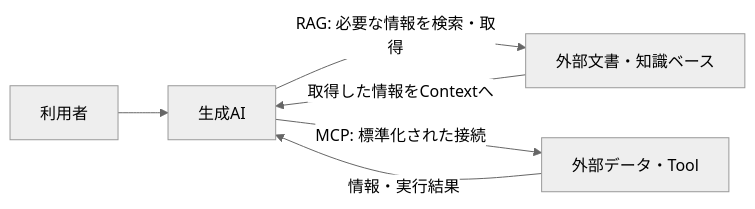
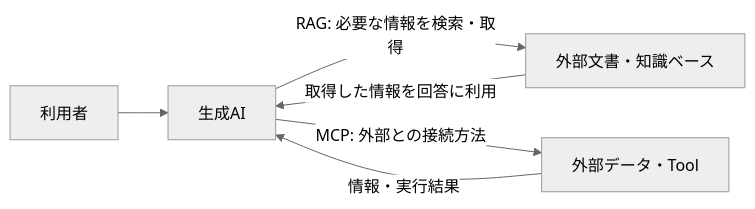
One commit to t-oikawa-sendai/scao-learning-kit changed the diagram in 01_ai_basics/generative_ai_usage_overview.md. Above: the diagram before and after it, drawn with Mermaid (neutral theme). The commit also changed other lines of this file, not shown here.

````diff
--- a/01_ai_basics/generative_ai_usage_overview.md
+++ b/01_ai_basics/generative_ai_usage_overview.md
@@ -179,8 +190,8 @@
 ```mermaid
 flowchart LR
     U[利用者] --> AI[生成AI]
     AI -->|RAG: 必要な情報を検索・取得| K[外部文書・知識ベース]
-    K -->|取得した情報をContextへ| AI
-    AI -->|MCP: 標準化された接続| T[外部データ・Tool]
+    K -->|取得した情報を回答に利用| AI
+    AI -->|MCP: 外部との接続方法| T[外部データ・Tool]
     T -->|情報・実行結果| AI
 ```
````
